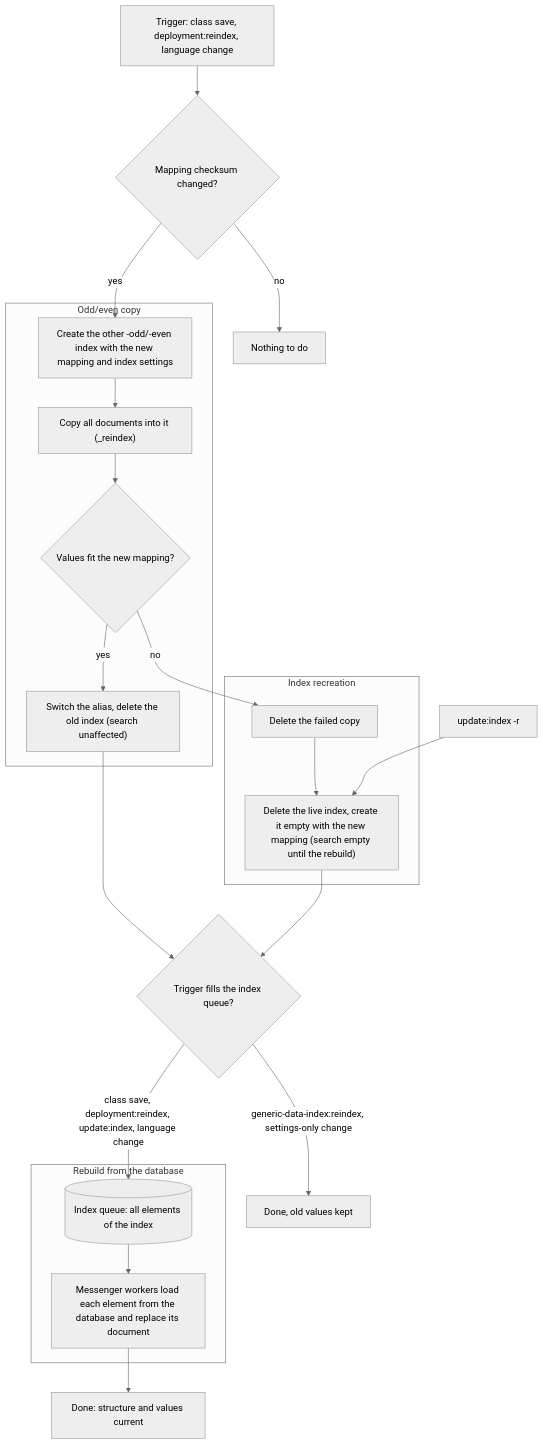
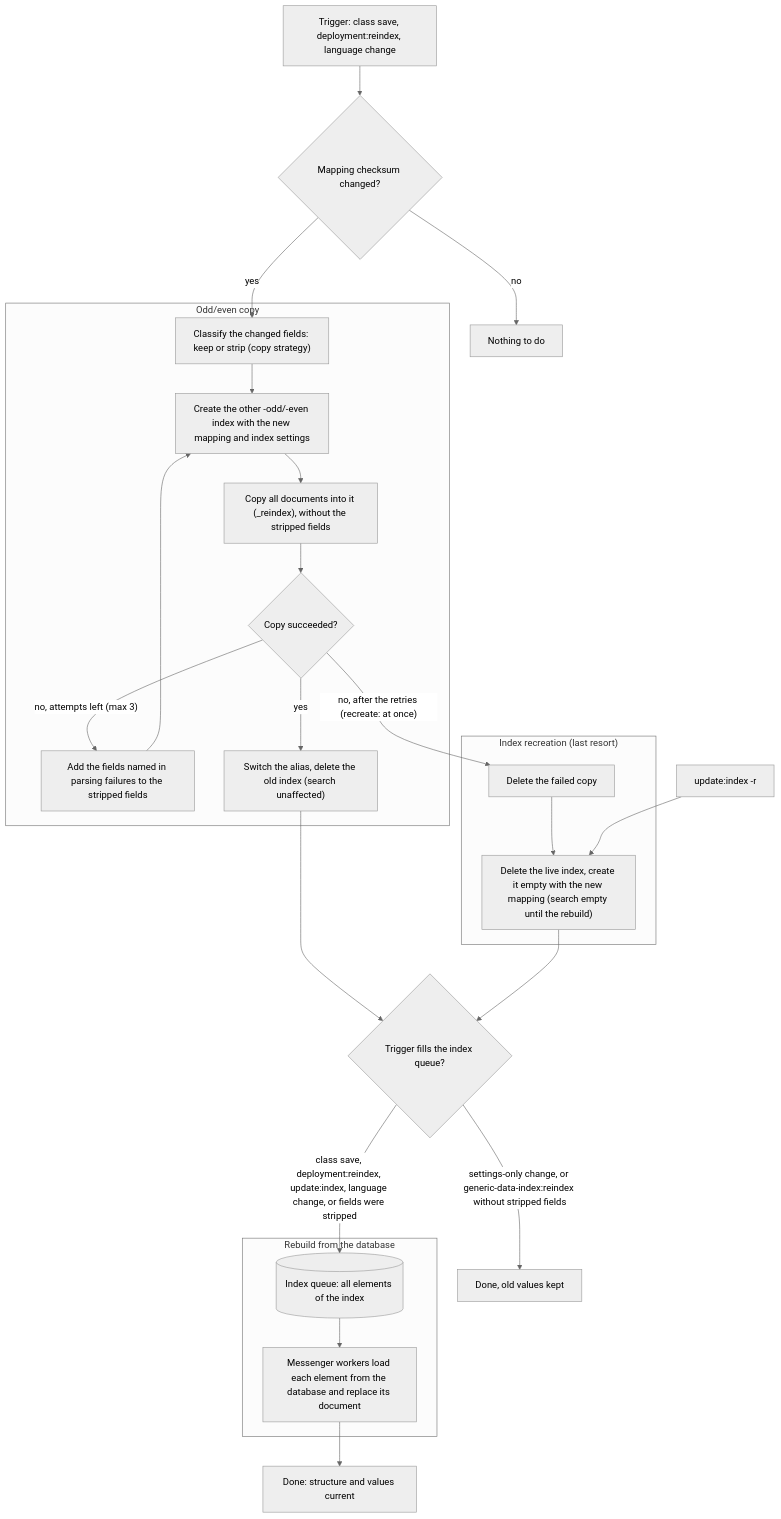
Before and after one commit to pimcore/generic-data-index-bundle: the diagram in doc/03_Reindexing/README.md, drawn with Mermaid (neutral theme). The commit also changed other lines of this file and 58 other files, not shown here.

First line of the commit message:
[Indexing] No index recreation on field type changes (#544)

````diff
--- a/doc/03_Reindexing/README.md
+++ b/doc/03_Reindexing/README.md
@@ -85,39 +129,44 @@
 ```mermaid
 flowchart TB
     T["Trigger: class save, deployment:reindex, language change"]
     C{Mapping checksum changed?}
     D0[Nothing to do]
     subgraph COPY["Odd/even copy"]
+        K["Classify the changed fields: keep or strip (copy strategy)"]
         N["Create the other -odd/-even index with the new mapping and index settings"]
-        R["Copy all documents into it (_reindex)"]
-        F{Values fit the new mapping?}
+        R["Copy all documents into it (_reindex), without the stripped fields"]
+        F{Copy succeeded?}
+        P["Add the fields named in parsing failures to the stripped fields"]
         S["Switch the alias, delete the old index (search unaffected)"]
     end
-    subgraph RECREATE["Index recreation"]
+    subgraph RECREATE["Index recreation (last resort)"]
         E1["Delete the failed copy"]
         E2["Delete the live index, create it empty with the new mapping (search empty until the rebuild)"]
     end
     X["update:index -r"]
     Q{Trigger fills the index queue?}
     D1["Done, old values kept"]
     subgraph REBUILD["Rebuild from the database"]
         QF[("Index queue: all elements of the index")]
         W["Messenger workers load each element from the database and replace its document"]
     end
     D2["Done: structure and values current"]
     T --> C
     C -->|no| D0
-    C -->|yes| N
+    C -->|yes| K
+    K --> N
     N --> R
     R --> F
     F -->|yes| S
-    F -->|no| E1
+    F -->|"no, attempts left (max 3)"| P
+    P --> N
+    F -->|"no, after the retries (recreate: at once)"| E1
     E1 --> E2
     X --> E2
     S --> Q
     E2 --> Q
-    Q -->|"generic-data-index:reindex, settings-only change"| D1
-    Q -->|"class save, deployment:reindex, update:index, language change"| QF
+    Q -->|"settings-only change, or generic-data-index:reindex without stripped fields"| D1
+    Q -->|"class save, deployment:reindex, update:index, language change, or fields were stripped"| QF
     QF --> W
     W --> D2
 ```
````
